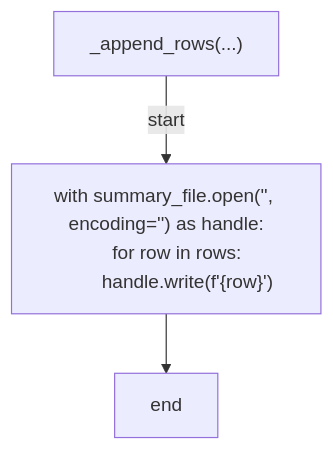
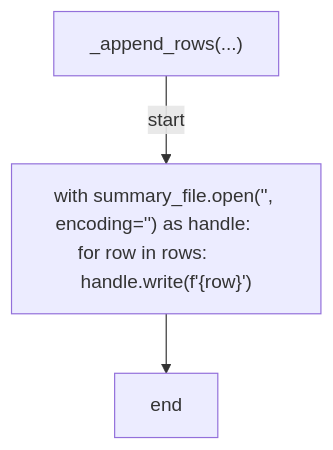
Before and after one commit to tvna/claude-md: diagram 11 of 16 in docs/generated/scripts/ast/labels_apply.md, drawn with Mermaid. The commit also changed other lines of this file and 30 other files, not shown here.

First line of the commit message:
docs(generated): regenerate decision tree and workflow diagrams (batch 2/5)

````diff
--- a/docs/generated/scripts/ast/labels_apply.md
+++ b/docs/generated/scripts/ast/labels_apply.md
@@ -275,10 +219,8 @@
 ```mermaid
 flowchart TD
     N001["_append_rows(...)"]
-    N002["with summary_file.open('<str>', encoding='<str>') as handle:
-    for row in rows:
-        handle.write(f'{row}<str>')"]
+    N002["with summary_file.open('<str>', encoding='<str>') as handle:     for row in rows:         handle.write(f'{row}<str>')"]
     N003["end"]
     N001 -->|"start"| N002
     N002 --> N003
 ```
````
